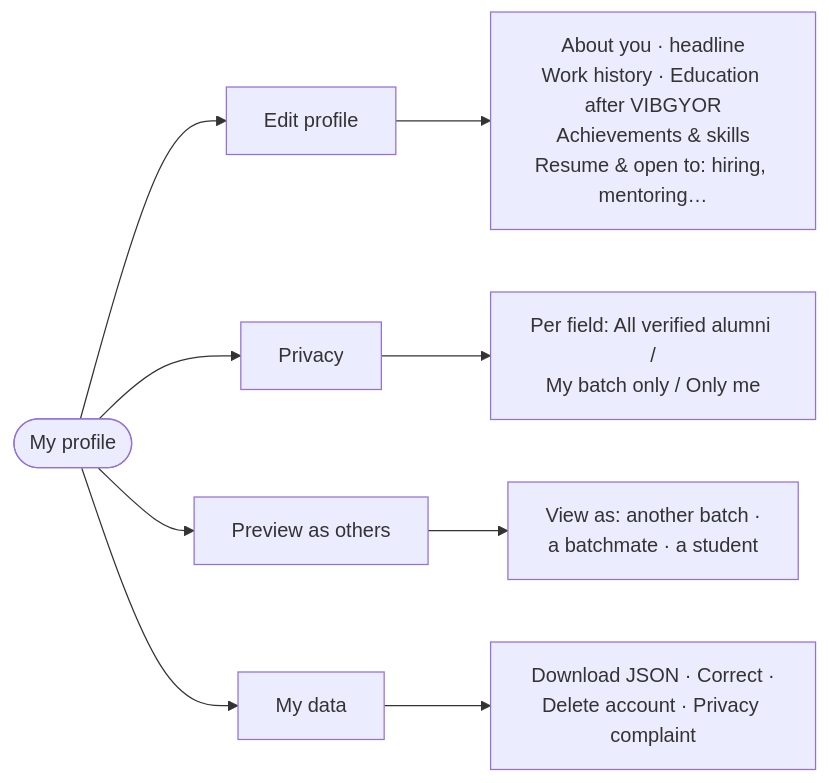
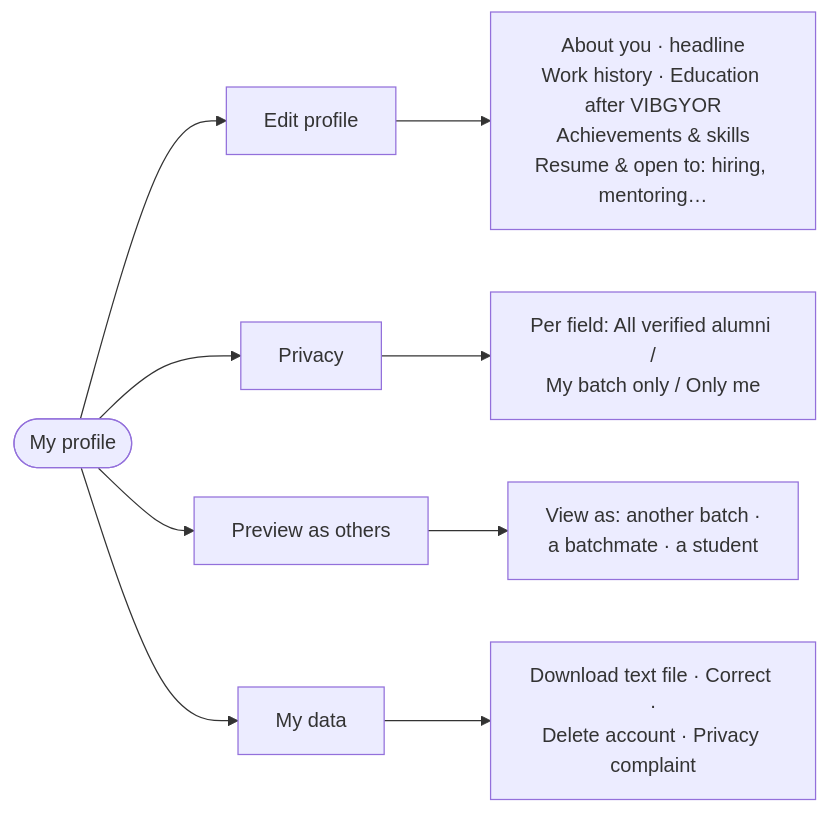
One commit to shubham-pawar-tc/vibgyor-alumni changed the fifth of 11 diagrams in docs/ALUMNI-FLOW.md. Above: the diagram before and after it, drawn with Mermaid. The commit also changed 5 other files, not shown here.

First line of the commit message:
feat: download data as a readable text file

````diff
--- a/docs/ALUMNI-FLOW.md
+++ b/docs/ALUMNI-FLOW.md
@@ -165,11 +165,11 @@
 ```mermaid
 flowchart LR
     A([My profile]) --> T1[Edit profile]
     A --> T2[Privacy]
     A --> T3[Preview as others]
     A --> T4[My data]
     T1 --> E1[About you · headline<br/>Work history · Education after VIBGYOR<br/>Achievements & skills<br/>Resume & open to: hiring, mentoring…]
     T2 --> E2[Per field: All verified alumni /<br/>My batch only / Only me]
     T3 --> E3[View as: another batch ·<br/>a batchmate · a student]
-    T4 --> E4[Download JSON · Correct ·<br/>Delete account · Privacy complaint]
+    T4 --> E4[Download text file · Correct ·<br/>Delete account · Privacy complaint]
 ```
````
